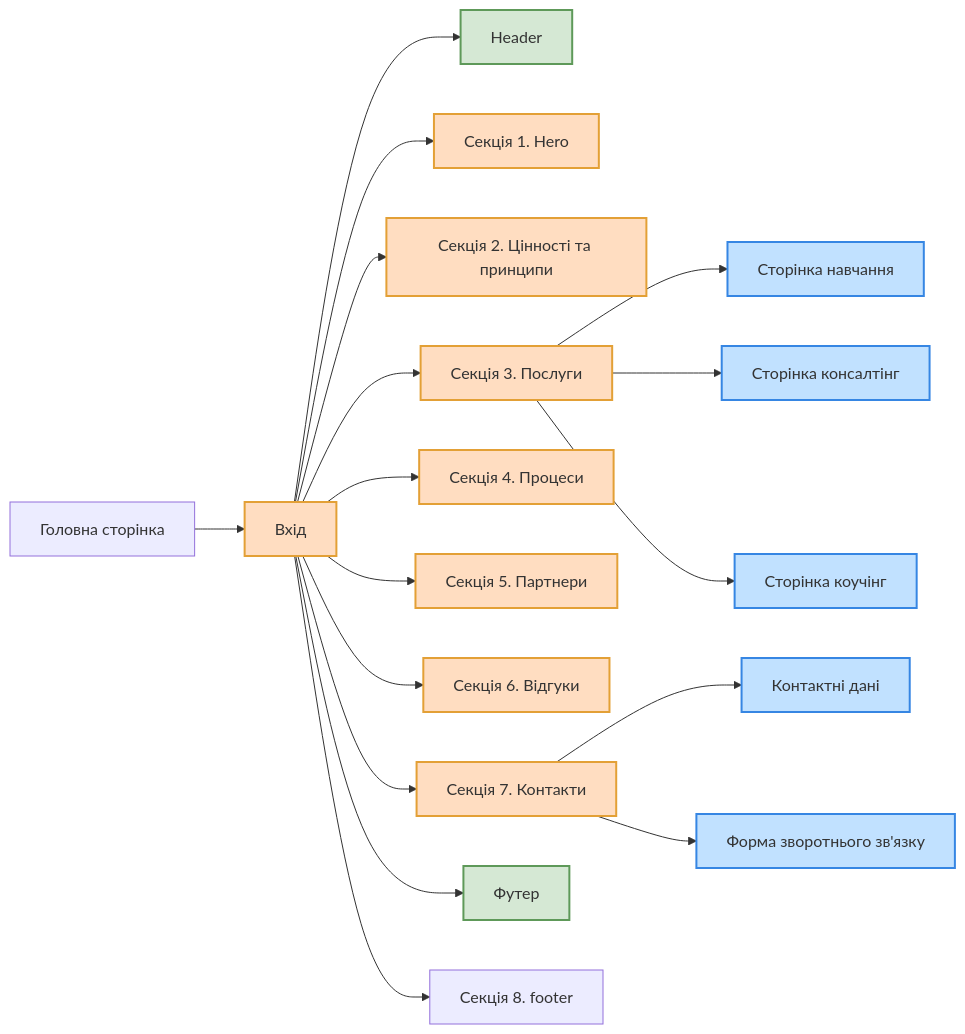
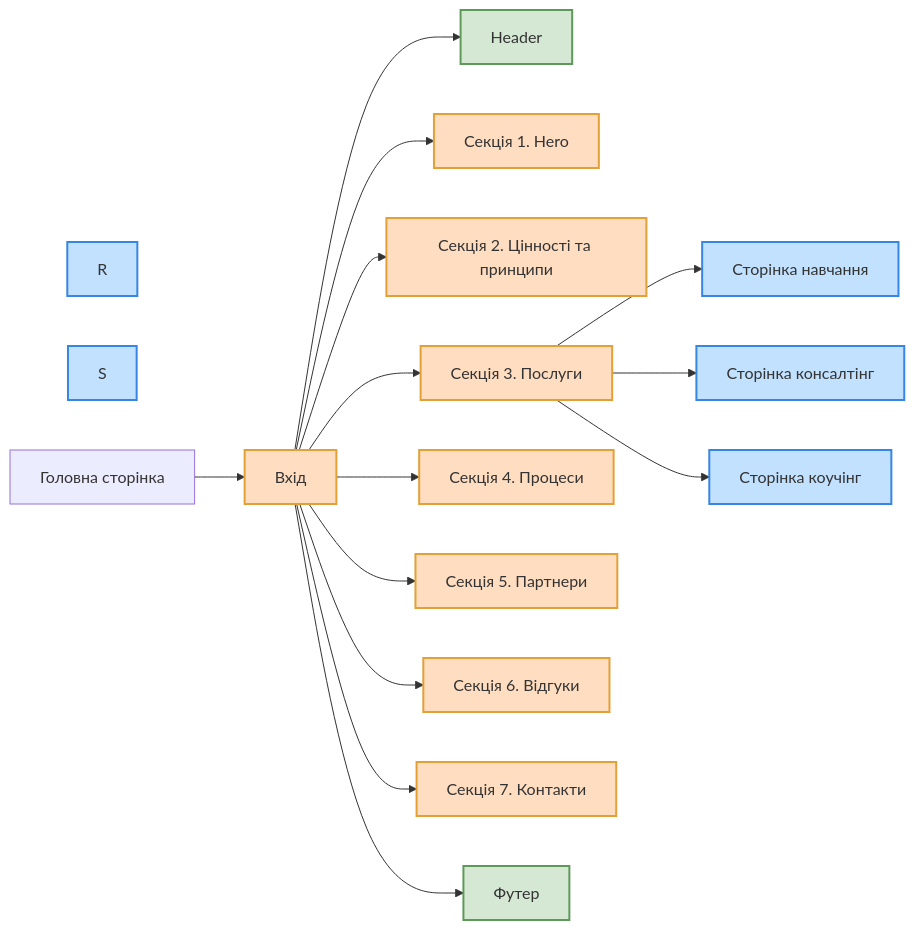
The diagram in README.md (sergio-nezhigay/carptravel), drawn with Mermaid before and after one commit.

````diff
--- a/README.md
+++ b/README.md
@@ -57,46 +57,43 @@
 ```mermaid
 graph LR
 
   %% Хедер
   style B fill:#D5E8D4, stroke:#5E9959, stroke-width:2px;
 
   %% Секції
   style A fill:#FFDDC1, stroke:#E3A036, stroke-width:2px;
   style C fill:#FFDDC1, stroke:#E3A036, stroke-width:2px;
   style D fill:#FFDDC1, stroke:#E3A036, stroke-width:2px;
   style E fill:#FFDDC1, stroke:#E3A036, stroke-width:2px;
   style F fill:#FFDDC1, stroke:#E3A036, stroke-width:2px;
   style G fill:#FFDDC1, stroke:#E3A036, stroke-width:2px;
   style H fill:#FFDDC1, stroke:#E3A036, stroke-width:2px;
   style I fill:#FFDDC1, stroke:#E3A036, stroke-width:2px;
 
   %% Сторінки
   style N fill:#C1E1FF, stroke:#3686E3, stroke-width:2px;
   style O fill:#C1E1FF, stroke:#3686E3, stroke-width:2px;
   style P fill:#C1E1FF, stroke:#3686E3, stroke-width:2px;
   style R fill:#C1E1FF, stroke:#3686E3, stroke-width:2px;
   style S fill:#C1E1FF, stroke:#3686E3, stroke-width:2px;
 
   %% Футер
   style J fill:#D5E8D4, stroke:#5E9959, stroke-width:2px;
 
   Z[Головна сторінка] --> A[Вхід]
   A --> B[Header]
   A --> C[Секція 1. Hero]
   A --> D[Секція 2. Цінності та принципи]
   A --> E[Секція 3. Послуги]
   A --> F[Секція 4. Процеси]
   A --> G[Секція 5. Партнери]
   A --> H[Секція 6. Відгуки]
   A --> I[Секція 7. Контакти]
   A --> J[Футер]
-  A --> W[Секція 8. footer]
+
   E --> N[Сторінка навчання]
   E --> O[Сторінка консалтінг]
   E --> P[Сторінка коучінг]
 
-  I --> R[Контактні дані]
-  I --> S[Форма зворотнього зв'язку]
-
 
 ```
````
